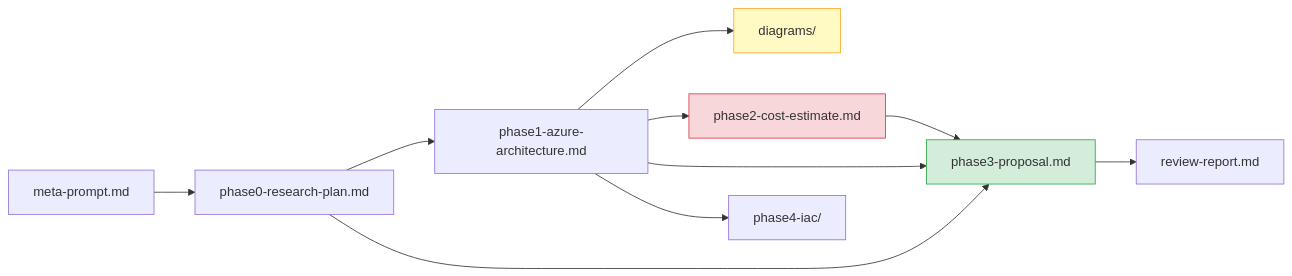
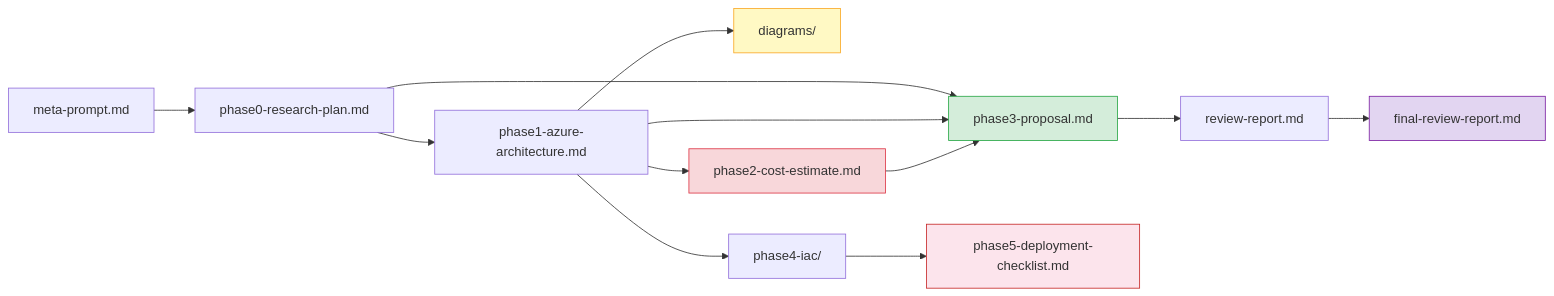
The second of 2 diagrams in docs/pipeline-guide.md (nahisaho/spread1000-builder), drawn with Mermaid before and after one commit. The commit also changed other lines of this file and 31 other files, not shown here.

````diff
--- a/docs/pipeline-guide.md
+++ b/docs/pipeline-guide.md
@@ -1075,16 +1226,20 @@
 ```mermaid
 graph LR
     MP[meta-prompt.md] --> RP[phase0-research-plan.md]
     RP --> AA[phase1-azure-architecture.md]
     AA --> DG[diagrams/]
     AA --> CE[phase2-cost-estimate.md]
     RP --> PW[phase3-proposal.md]
     AA --> PW
     CE --> PW
     PW --> RR[review-report.md]
+    RR --> FR[final-review-report.md]
     AA --> IAC[phase4-iac/]
+    IAC --> DC[phase5-deployment-checklist.md]
     
     style CE fill:#f8d7da,stroke:#dc3545
     style PW fill:#d4edda,stroke:#28a745
     style DG fill:#fff9c4,stroke:#f9a825
+    style FR fill:#e2d5f1,stroke:#7b1fa2
+    style DC fill:#fce4ec,stroke:#c62828
 ```
````
